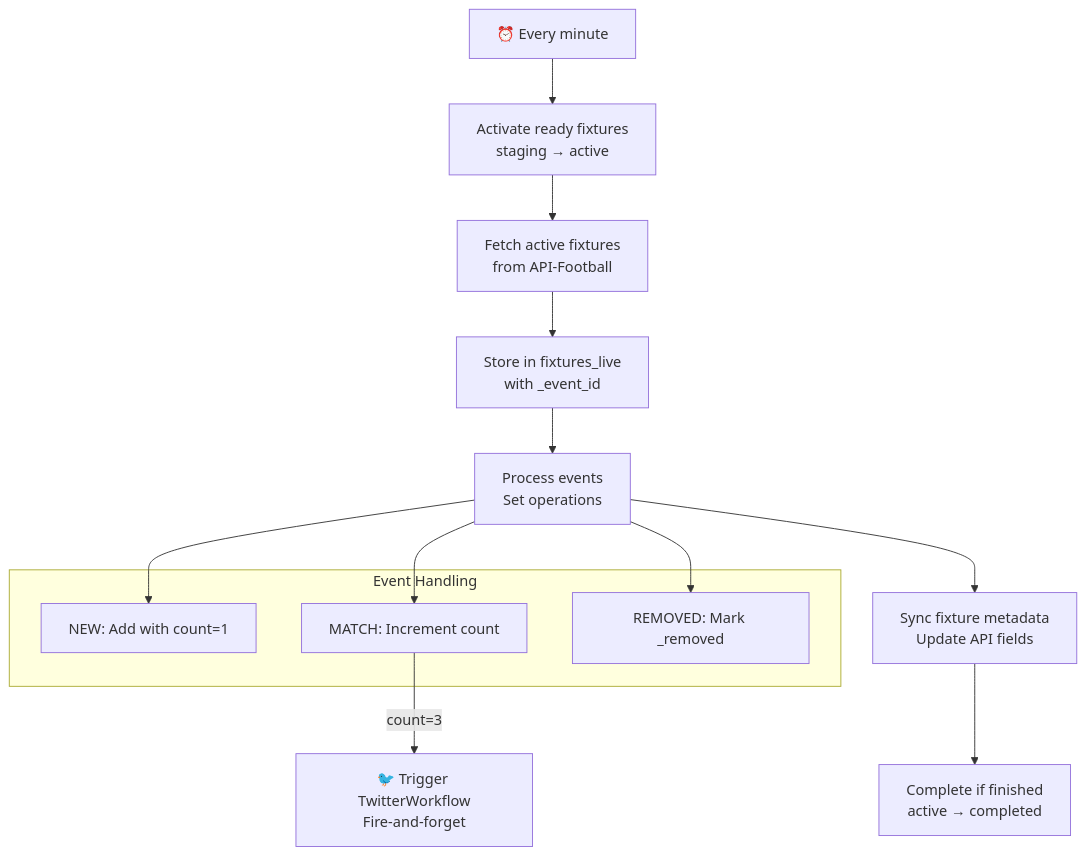
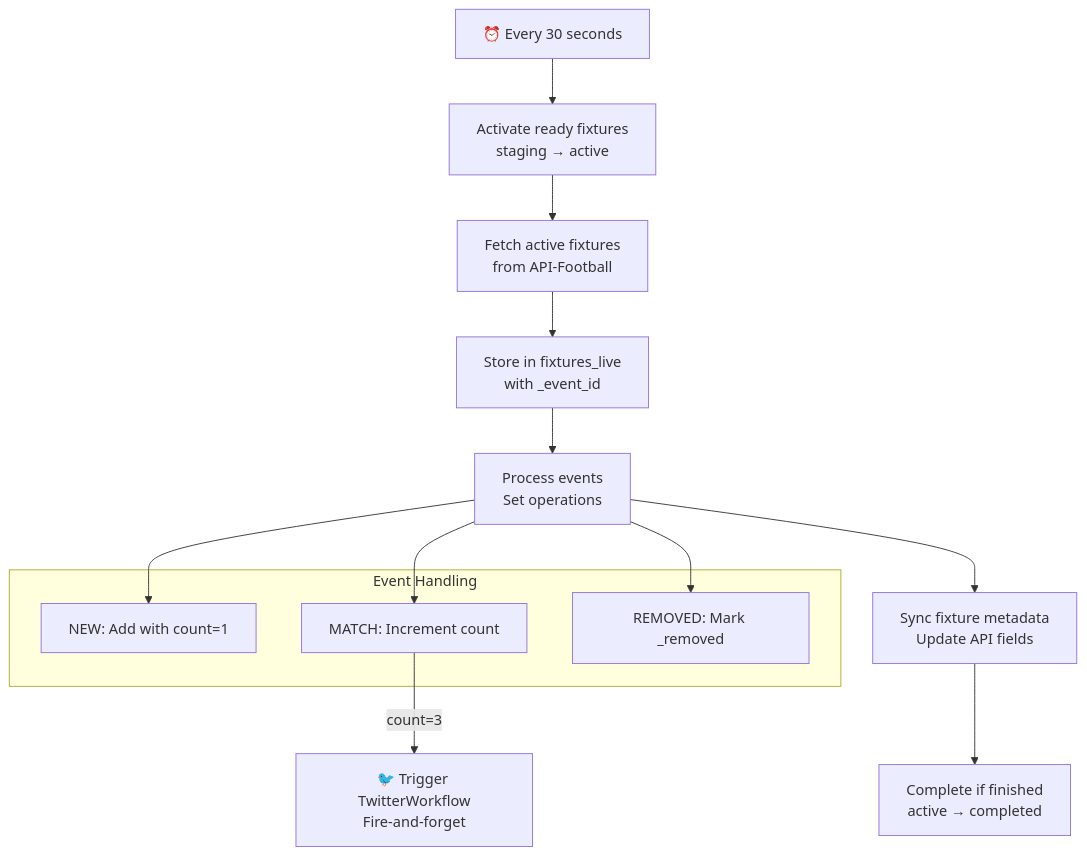
The tenth of 14 diagrams in README.md (vedantadhobley/found-footy), drawn with Mermaid before and after one commit. The commit also changed other lines of this file and 4 other files, not shown here.

First line of the commit message:
docs: update README with multi-worker architecture and Mermaid diagrams

````diff
--- a/README.md
+++ b/README.md
@@ -488,24 +522,24 @@
 ```mermaid
 flowchart TB
-    TRIGGER[⏰ Every minute]
+    TRIGGER[⏰ Every 30 seconds]
     
     ACTIVATE[Activate ready fixtures<br/>staging → active]
     FETCH[Fetch active fixtures<br/>from API-Football]
     STORE[Store in fixtures_live<br/>with _event_id]
     PROCESS[Process events<br/>Set operations]
     
     subgraph EVENTS["Event Handling"]
         NEW[NEW: Add with count=1]
         MATCH[MATCH: Increment count]
         REMOVE[REMOVED: Mark _removed]
     end
     
     TWITTER[🐦 Trigger TwitterWorkflow<br/>Fire-and-forget]
     SYNC[Sync fixture metadata<br/>Update API fields]
     COMPLETE[Complete if finished<br/>active → completed]
     
     TRIGGER --> ACTIVATE --> FETCH --> STORE --> PROCESS
     PROCESS --> NEW & MATCH & REMOVE
     MATCH -->|count=3| TWITTER
     PROCESS --> SYNC --> COMPLETE
 ```
````
